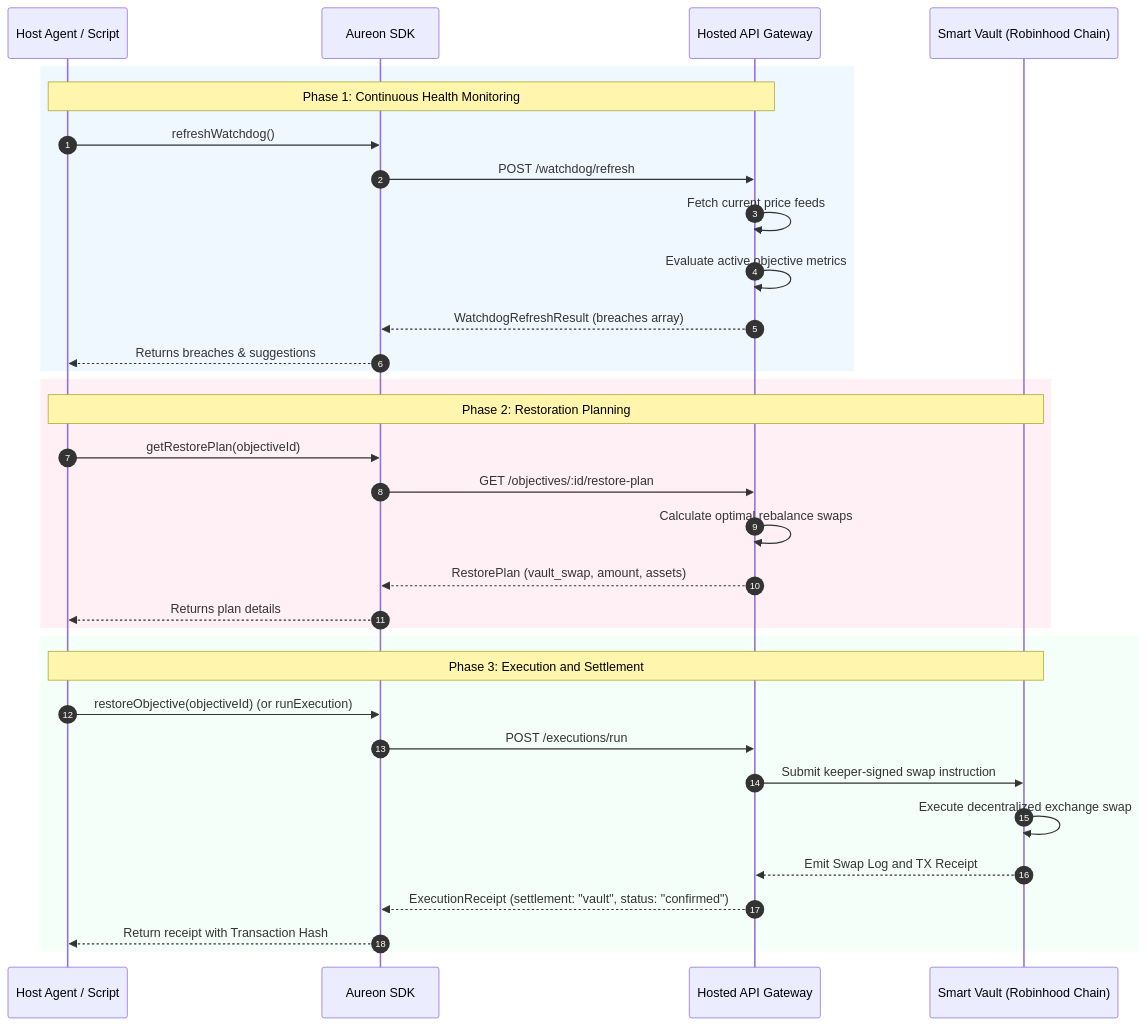
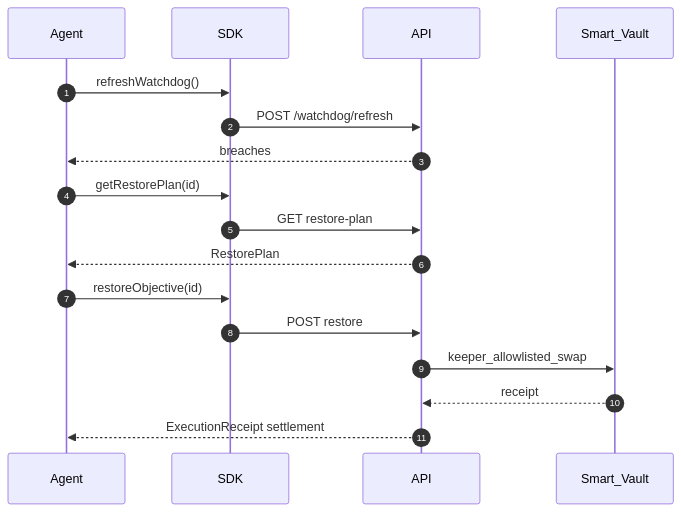
The second of 3 diagrams in docs/architecture.md (buildaureon/aureon-sdk), drawn with Mermaid before and after one commit. The commit also changed other lines of this file, not shown here.

Commit message:
docs: consolidate architecture to three-layer trust boundary model

````diff
--- a/docs/architecture.md
+++ b/docs/architecture.md
@@ -87,38 +97,22 @@
 ```mermaid
 sequenceDiagram
   autonumber
-  participant Host as Host Agent / Script
-  participant SDK as Aureon SDK
-  participant API as Hosted API Gateway
-  participant Vault as Smart Vault (Robinhood Chain)
+  participant Host as Agent
+  participant SDK as SDK
+  participant API as API
+  participant Vault as Smart_Vault
 
-  rect rgb(240, 248, 255)
-    Note over Host, API: Phase 1: Continuous Health Monitoring
-    Host->>SDK: refreshWatchdog()
-    SDK->>API: POST /watchdog/refresh
-    API->>API: Fetch current price feeds
-    API->>API: Evaluate active objective metrics
-    API-->>SDK: WatchdogRefreshResult (breaches array)
-    SDK-->>Host: Returns breaches & suggestions
-  end
+  Host->>SDK: refreshWatchdog()
+  SDK->>API: POST /watchdog/refresh
+  API-->>Host: breaches
 
-  rect rgb(255, 240, 245)
-    Note over Host, Vault: Phase 2: Restoration Planning
-    Host->>SDK: getRestorePlan(objectiveId)
-    SDK->>API: GET /objectives/:id/restore-plan
-    API->>API: Calculate optimal rebalance swaps
-    API-->>SDK: RestorePlan (vault_swap, amount, assets)
-    SDK-->>Host: Returns plan details
-  end
+  Host->>SDK: getRestorePlan(id)
+  SDK->>API: GET restore-plan
+  API-->>Host: RestorePlan
 
-  rect rgb(245, 255, 250)
-    Note over Host, Vault: Phase 3: Execution and Settlement
-    Host->>SDK: restoreObjective(objectiveId) (or runExecution)
-    SDK->>API: POST /executions/run
-    API->>Vault: Submit keeper-signed swap instruction
-    Vault->>Vault: Execute decentralized exchange swap
-    Vault-->>API: Emit Swap Log and TX Receipt
-    API-->>SDK: ExecutionReceipt (settlement: "vault", status: "confirmed")
-    SDK-->>Host: Return receipt with Transaction Hash
-  end
+  Host->>SDK: restoreObjective(id)
+  SDK->>API: POST restore
+  API->>Vault: keeper_allowlisted_swap
+  Vault-->>API: receipt
+  API-->>Host: ExecutionReceipt settlement
 ```
````
